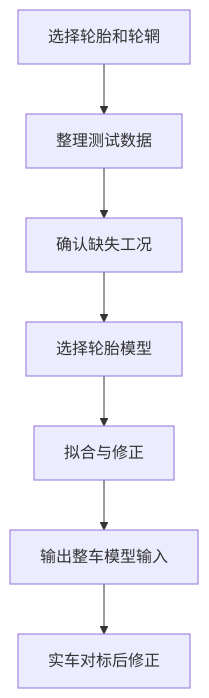
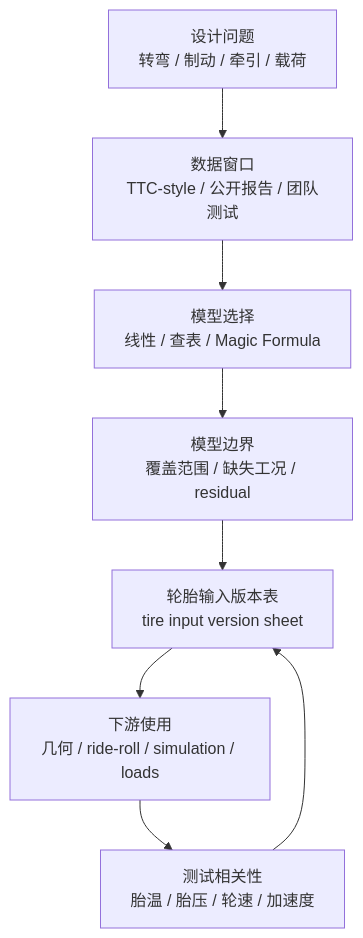
Before and after one commit to onebulletkick/suspension_opensource: the diagram in docs/03-tire-and-vehicle-inputs.md, drawn with Mermaid. The commit also changed other lines of this file and 1 other file, not shown here.

Commit message:
docs: integrate tire source research into inputs

````diff
--- a/docs/03-tire-and-vehicle-inputs.md
+++ b/docs/03-tire-and-vehicle-inputs.md
@@ -9,9 +11,10 @@
 ```mermaid
 flowchart TD
-  A["选择轮胎和轮辋"] --> B["整理测试数据"]
-  B --> C["确认缺失工况"]
-  C --> D["选择轮胎模型"]
-  D --> E["拟合与修正"]
-  E --> F["输出整车模型输入"]
-  F --> G["实车对标后修正"]
+  A["设计问题<br>转弯 / 制动 / 牵引 / 载荷"] --> B["数据窗口<br>TTC-style / 公开报告 / 团队测试"]
+  B --> C["模型选择<br>线性 / 查表 / Magic Formula"]
+  C --> D["模型边界<br>覆盖范围 / 缺失工况 / residual"]
+  D --> E["轮胎输入版本表<br>tire input version sheet"]
+  E --> F["下游使用<br>几何 / ride-roll / simulation / loads"]
+  F --> G["测试相关性<br>胎温 / 胎压 / 轮速 / 加速度"]
+  G --> E
 ```
````
